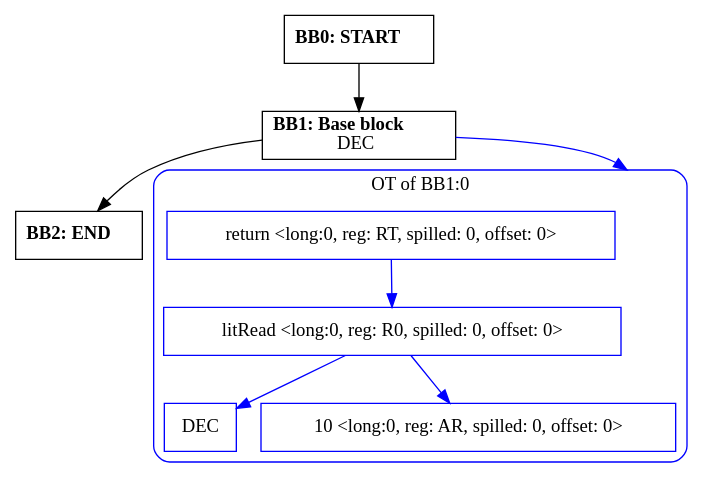
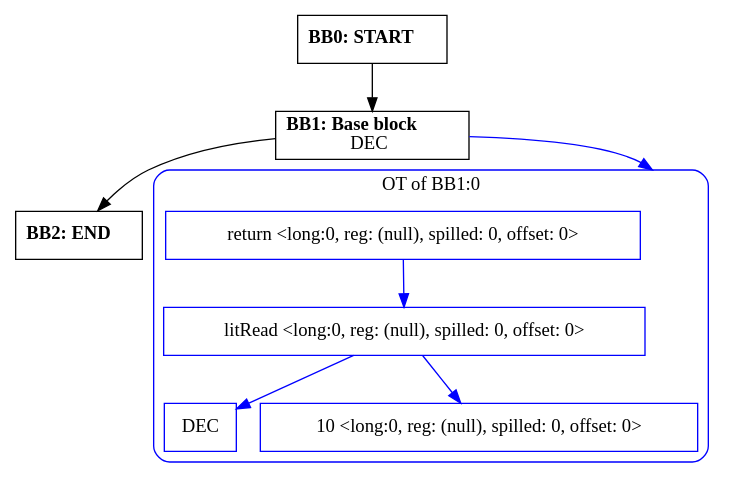
Before and after one commit to zavar152-cv/myLang-oop-compiler: the diagram in outputs/cfg/io.uintBufferSize.dot, drawn with Graphviz. The commit also changed 59 other files, not shown here.

```diff
--- a/outputs/cfg/io.uintBufferSize.dot
+++ b/outputs/cfg/io.uintBufferSize.dot
@@ -1,26 +1,26 @@
 digraph CFG {
     compound=true;
     graph [splines=true];
     node [shape=rectangle];
 
     BB2 [label=<<B>BB2: END</B><BR ALIGN="CENTER"/>>];
     BB1 [label=<<B>BB1: Base block</B><BR ALIGN="CENTER"/>DEC<BR ALIGN="CENTER"/>>];
     subgraph cluster_instruction0 {
         label = "OT of BB1:0";
         style=rounded;
         color=blue;
         entry0 [shape=point, style=invis];
-        node0 [label="return <long:0, reg: RT, spilled: 0, offset: 0>", color=blue];
-        node1 [label="litRead <long:0, reg: R0, spilled: 0, offset: 0>", color=blue];
+        node0 [label="return <long:0, reg: (null), spilled: 0, offset: 0>", color=blue];
+        node1 [label="litRead <long:0, reg: (null), spilled: 0, offset: 0>", color=blue];
         node2 [label="DEC", color=blue];
         node1 -> node2[color=blue];
-        node3 [label="10 <long:0, reg: AR, spilled: 0, offset: 0>", color=blue];
+        node3 [label="10 <long:0, reg: (null), spilled: 0, offset: 0>", color=blue];
         node1 -> node3[color=blue];
         node0 -> node1[color=blue];
     }
     BB1 -> entry0 [lhead=cluster_instruction0, color=blue];
     BB0 [label=<<B>BB0: START</B><BR ALIGN="CENTER"/>>];
 
     BB1 -> BB2;
     BB0 -> BB1;
 }
```
